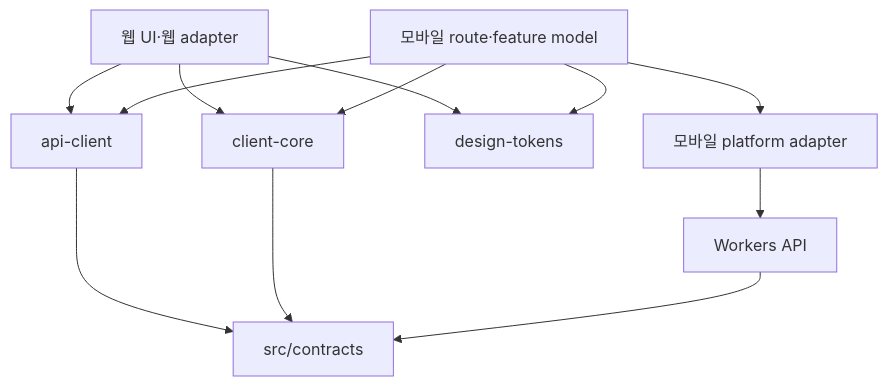
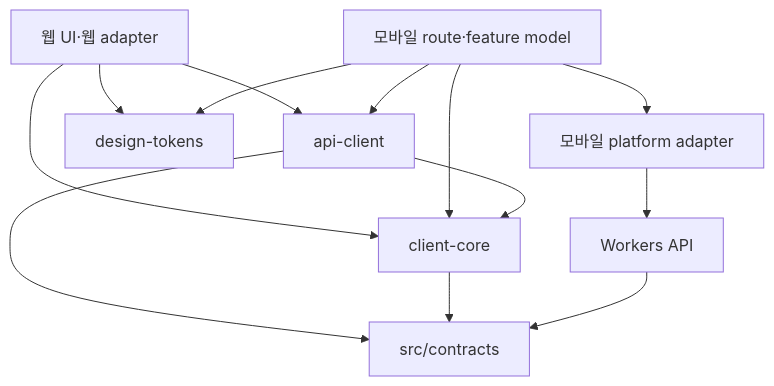
The diagram in docs/architecture/MOBILE-CLIENT.md (creno-va/baro), drawn with Mermaid before and after one commit. The commit also changed other lines of this file and 64 other files, not shown here.

````diff
--- a/docs/architecture/MOBILE-CLIENT.md
+++ b/docs/architecture/MOBILE-CLIENT.md
@@ -59,14 +60,15 @@
 ```mermaid
 flowchart TD
   W[웹 UI·웹 adapter] --> A[api-client]
   M[모바일 route·feature model] --> A
   W --> C[client-core]
   M --> C
   A --> K[src/contracts]
+  A --> C
   C --> K
   S[Workers API] --> K
   W --> T[design-tokens]
   M --> T
   M --> P[모바일 platform adapter]
   P --> S
 ```
````
